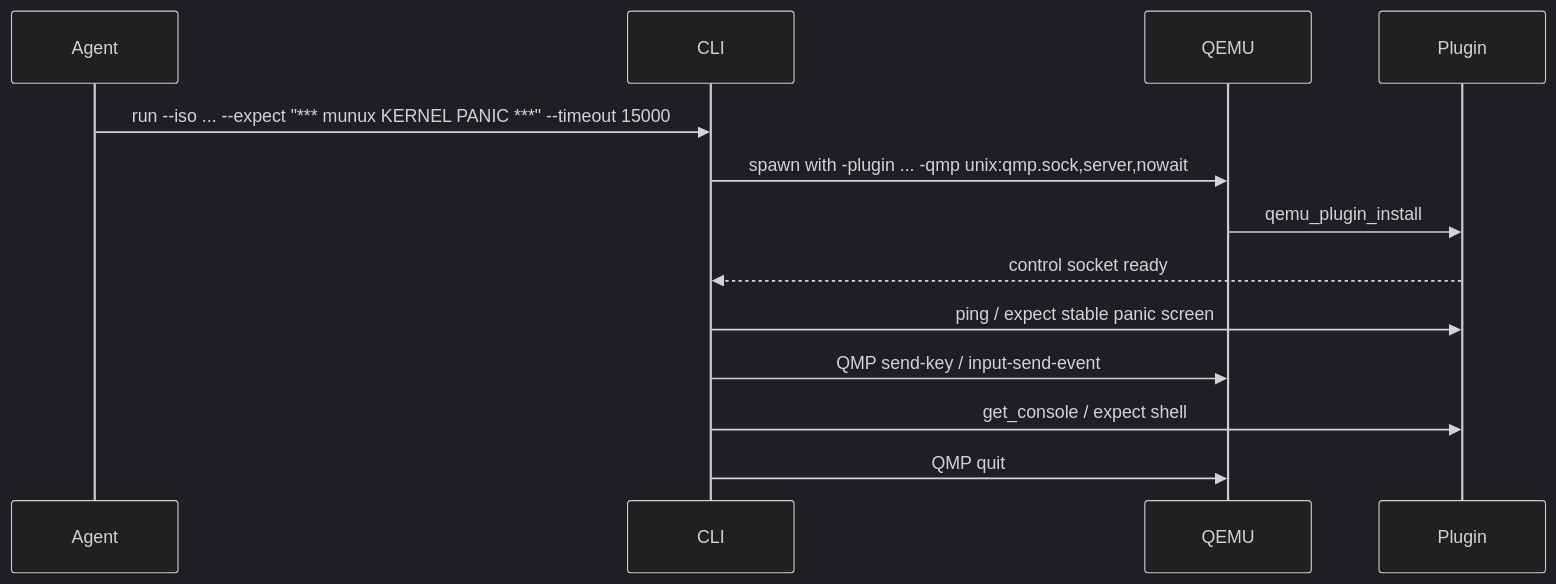
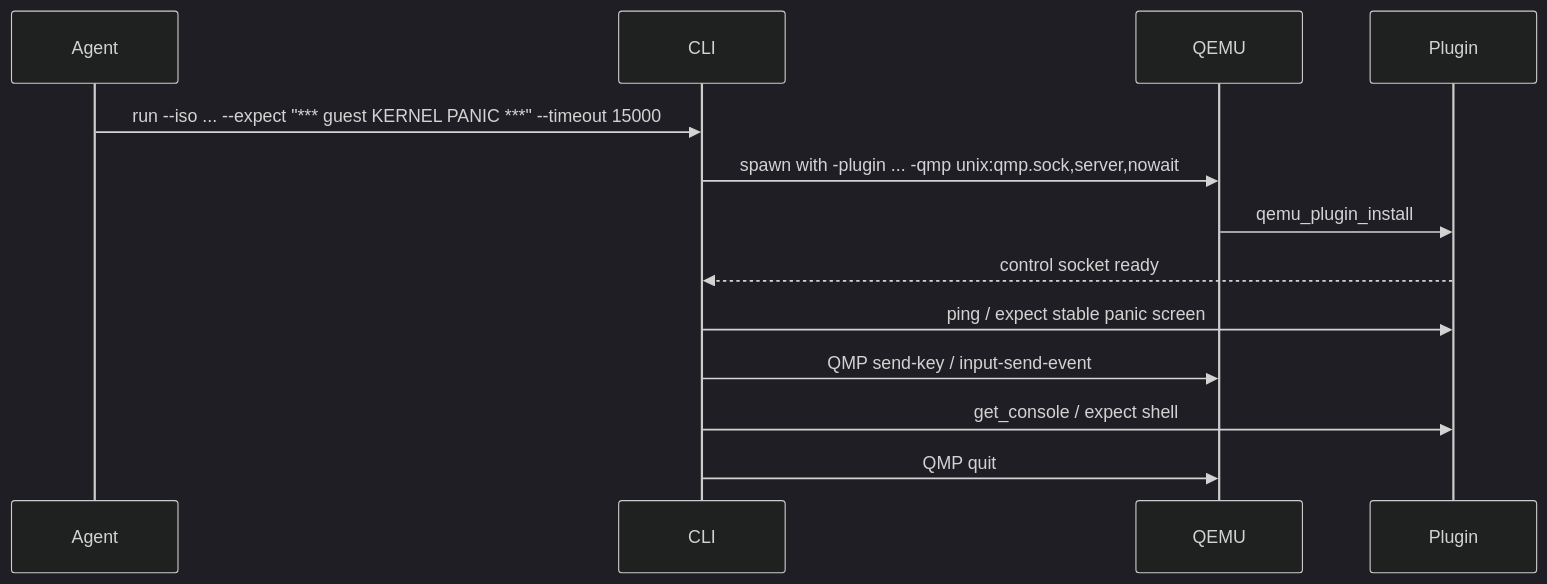
The third of 4 diagrams in docs/IMPLEMENTATION_PLAN.md (ft-mugurel/qemu-mip), drawn with Mermaid (dark theme) before and after one commit. The commit also changed other lines of this file and 32 other files, not shown here.

First line of the commit message:
Use generic guest-kernel naming instead of munux-specific terms

````diff
--- a/docs/IMPLEMENTATION_PLAN.md
+++ b/docs/IMPLEMENTATION_PLAN.md
@@ -456,16 +456,16 @@
 ```mermaid
 sequenceDiagram
   participant Agent
   participant CLI
   participant QEMU
   participant Plugin
 
-  Agent->>CLI: run --iso ... --expect "*** munux KERNEL PANIC ***" --timeout 15000
+  Agent->>CLI: run --iso ... --expect "*** guest KERNEL PANIC ***" --timeout 15000
   CLI->>QEMU: spawn with -plugin ... -qmp unix:qmp.sock,server,nowait
   QEMU->>Plugin: qemu_plugin_install
   Plugin-->>CLI: control socket ready
   CLI->>Plugin: ping / expect stable panic screen
   CLI->>QEMU: QMP send-key / input-send-event
   CLI->>Plugin: get_console / expect shell
   CLI->>QEMU: QMP quit
 ```
````
